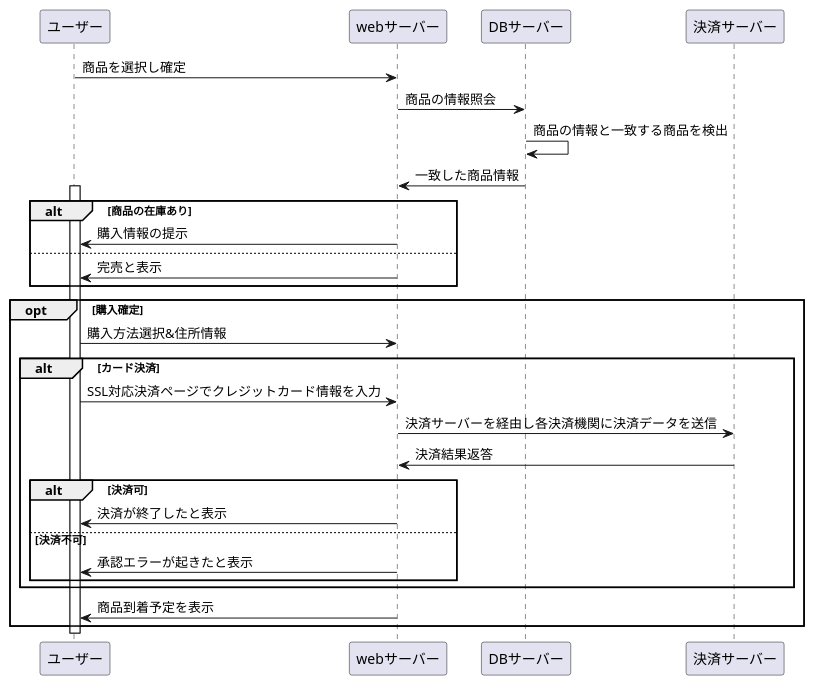
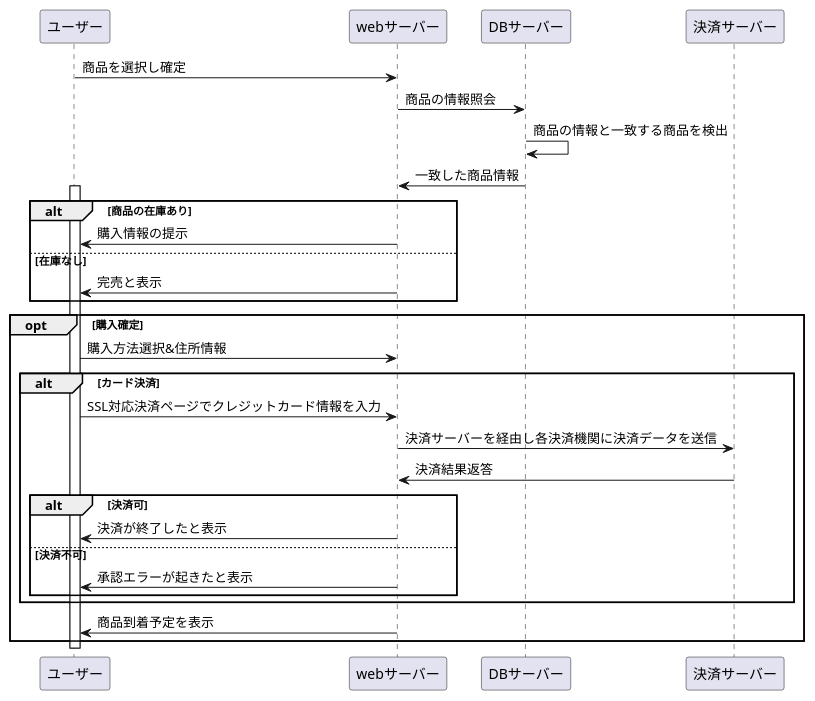
The diagram in kadai7.md (Aso2001195/2021sys-design), drawn with PlantUML before and after one commit.

````diff
--- a/kadai7.md
+++ b/kadai7.md
@@ -1,30 +1,30 @@
 ```uml
 @startuml
 ユーザー->webサーバー:商品を選択し確定
 webサーバー->DBサーバー:商品の情報照会
 DBサーバー->DBサーバー:商品の情報と一致する商品を検出
 DBサーバー->webサーバー:一致した商品情報
 activate ユーザー
 alt 商品の在庫あり
 webサーバー->ユーザー:購入情報の提示
-else 
+else 在庫なし
 webサーバー->ユーザー:完売と表示
 end 
 
 opt 購入確定
 ユーザー->webサーバー:購入方法選択&住所情報
   alt カード決済
   ユーザー->webサーバー:SSL対応決済ページでクレジットカード情報を入力
   webサーバー->決済サーバー:決済サーバーを経由し各決済機関に決済データを送信
   決済サーバー->webサーバー:決済結果返答
   alt 決済可
   webサーバー->ユーザー:決済が終了したと表示
   else 決済不可
   webサーバー->ユーザー:承認エラーが起きたと表示
   end
   end
   webサーバー->ユーザー:商品到着予定を表示
   end
 deactivate ユーザー
 @enduml
 ```
````
